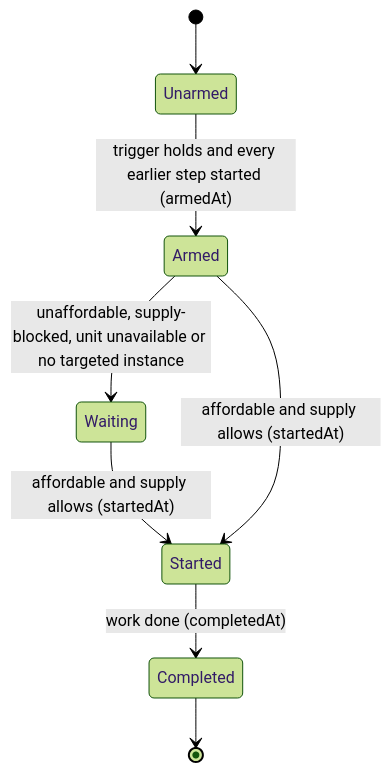
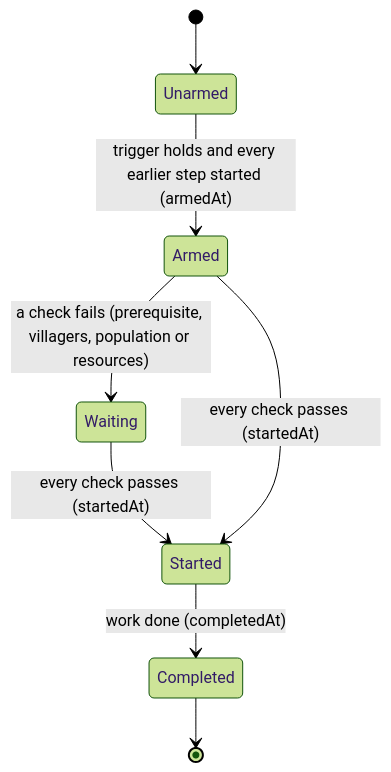
One commit to NicholasKChoi/WOTR_Combat_Simulator changed the second of 2 diagrams in docs/aoe4-build-order.md. Above: the diagram before and after it, drawn with Mermaid (forest theme). The commit also changed other lines of this file and 12 other files, not shown here.

````diff
--- a/docs/aoe4-build-order.md
+++ b/docs/aoe4-build-order.md
@@ -623,10 +632,10 @@
 ```mermaid
 stateDiagram-v2
   [*] --> Unarmed
   Unarmed --> Armed: trigger holds and every earlier step started (armedAt)
-  Armed --> Waiting: unaffordable, supply-blocked, unit unavailable or no targeted instance
-  Waiting --> Started: affordable and supply allows (startedAt)
-  Armed --> Started: affordable and supply allows (startedAt)
+  Armed --> Waiting: a check fails (prerequisite, villagers, population or resources)
+  Waiting --> Started: every check passes (startedAt)
+  Armed --> Started: every check passes (startedAt)
   Started --> Completed: work done (completedAt)
   Completed --> [*]
 ```
````
